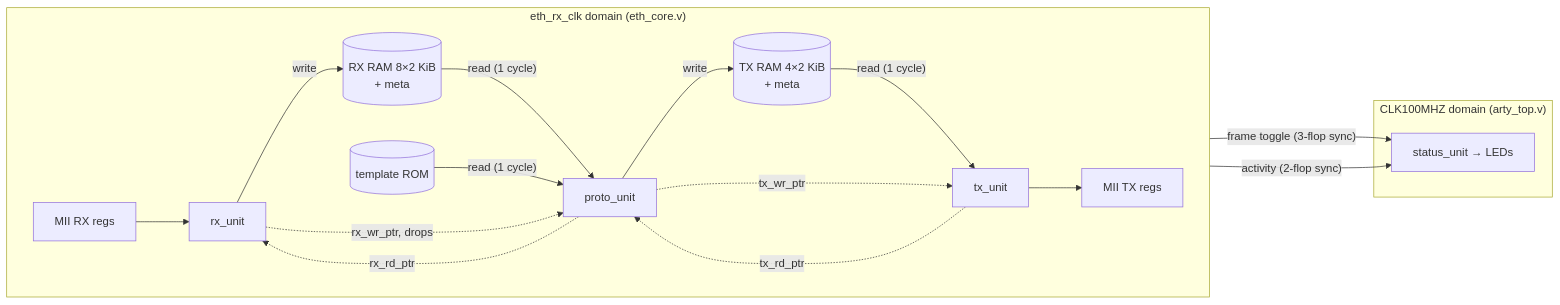
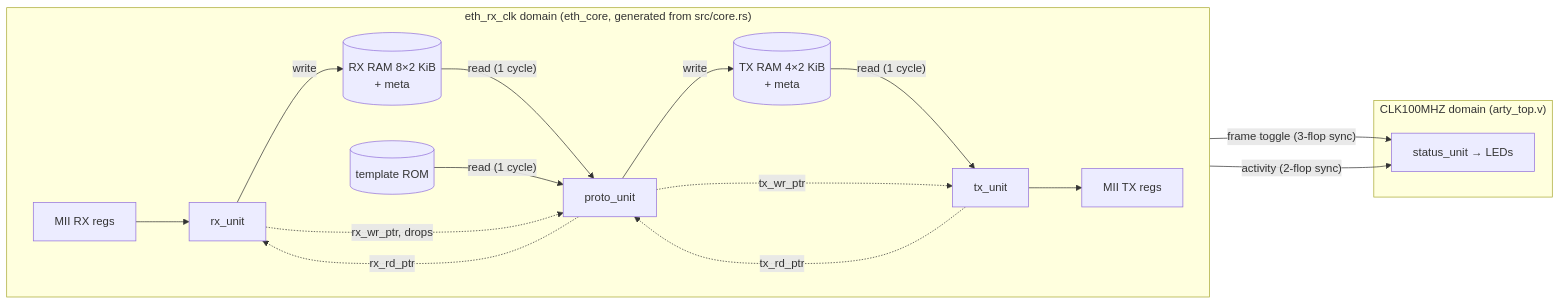
The diagram in bitlogic_ethernet/README.md (hbina/arty_ethernet), drawn with Mermaid before and after one commit. The commit also changed other lines of this file and 1 other file, not shown here.

First line of the commit message:
Document the generated core and its Vivado results

````diff
--- a/bitlogic_ethernet/README.md
+++ b/bitlogic_ethernet/README.md
@@ -35,22 +37,22 @@
 ```mermaid
 flowchart LR
-    subgraph eth["eth_rx_clk domain (eth_core.v)"]
+    subgraph eth["eth_rx_clk domain (eth_core, generated from src/core.rs)"]
         direction LR
         miiin["MII RX regs"] --> rx["rx_unit"]
         rx -- "write" --> rxram[("RX RAM 8×2 KiB<br/>+ meta")]
         rxram -- "read (1 cycle)" --> proto["proto_unit"]
         rom[("template ROM")] -- "read (1 cycle)" --> proto
         proto -- "write" --> txram[("TX RAM 4×2 KiB<br/>+ meta")]
         txram -- "read (1 cycle)" --> tx["tx_unit"]
         tx --> miiout["MII TX regs"]
         proto -. "rx_rd_ptr" .-> rx
         rx -. "rx_wr_ptr, drops" .-> proto
         tx -. "tx_rd_ptr" .-> proto
         proto -. "tx_wr_ptr" .-> tx
     end
     subgraph sys["CLK100MHZ domain (arty_top.v)"]
         status["status_unit → LEDs"]
     end
     tx -- "frame toggle (3-flop sync)" --> status
     miiin -- "activity (2-flop sync)" --> status
 ```
````
